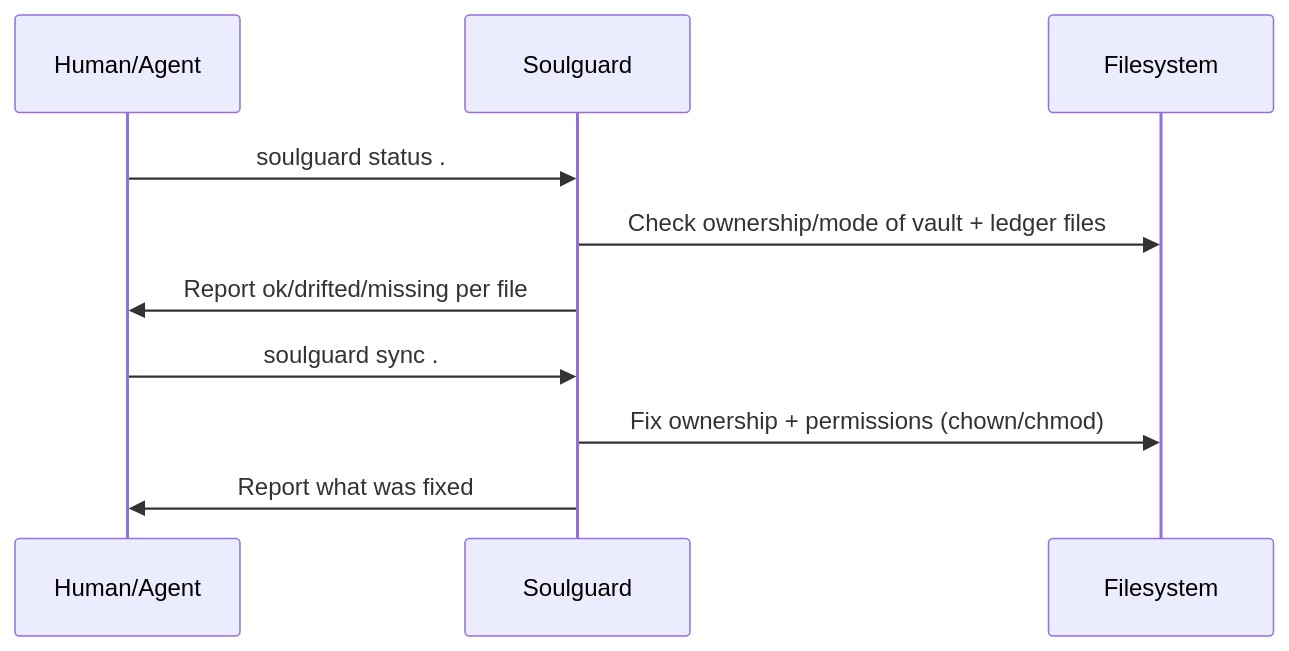
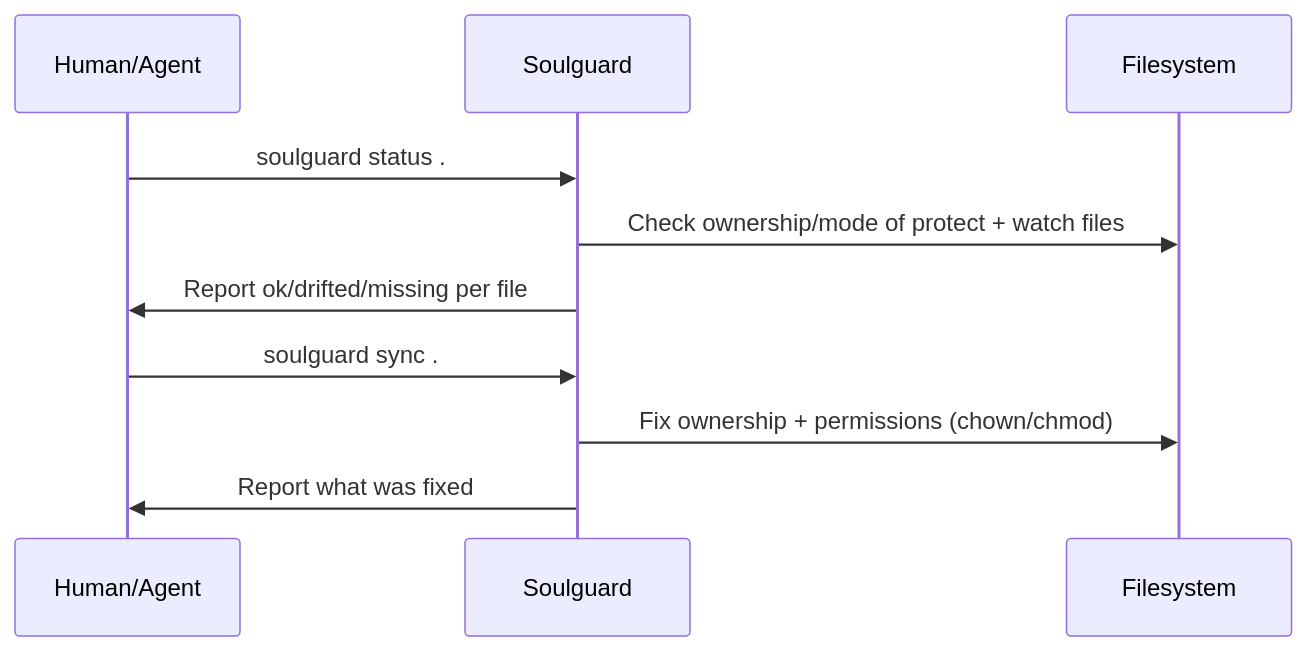
The third of 3 diagrams in DESIGN.md (Mirascope/soulguard), drawn with Mermaid before and after one commit. The commit also changed other lines of this file and 78 other files, not shown here.

First line of the commit message:
refactor: rename vault/ledger to protect/watch, add version field (#43)

````diff
--- a/DESIGN.md
+++ b/DESIGN.md
@@ -175,14 +175,14 @@
 ```mermaid
 sequenceDiagram
     participant H as Human/Agent
     participant SG as Soulguard
     participant FS as Filesystem
 
     H->>SG: soulguard status .
-    SG->>FS: Check ownership/mode of vault + ledger files
+    SG->>FS: Check ownership/mode of protect + watch files
     SG->>H: Report ok/drifted/missing per file
 
     H->>SG: soulguard sync .
     SG->>FS: Fix ownership + permissions (chown/chmod)
     SG->>H: Report what was fixed
 ```
````
